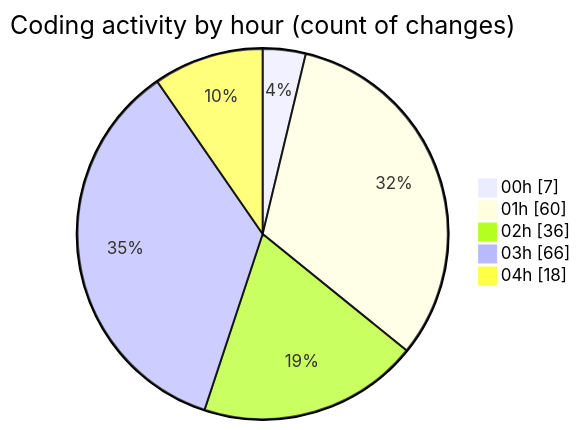
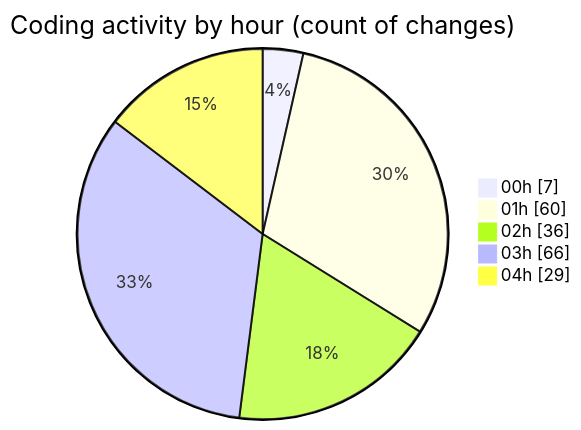
Before and after one commit to julien-gomy/code-tracking: the second of 2 diagrams in 2025-10-07/eventscop-frontend-guide__workspace_/README.md, drawn with Mermaid. The commit also changed other lines of this file and 1 other file, not shown here.

````diff
--- a/2025-10-07/eventscop-frontend-guide__workspace_/README.md
+++ b/2025-10-07/eventscop-frontend-guide__workspace_/README.md
@@ -93,9 +93,9 @@
 ```mermaid
 pie showData
 title Coding activity by hour (count of changes)
 "00h" : 7
 "01h" : 60
 "02h" : 36
 "03h" : 66
-"04h" : 18
+"04h" : 29
 ```
````
